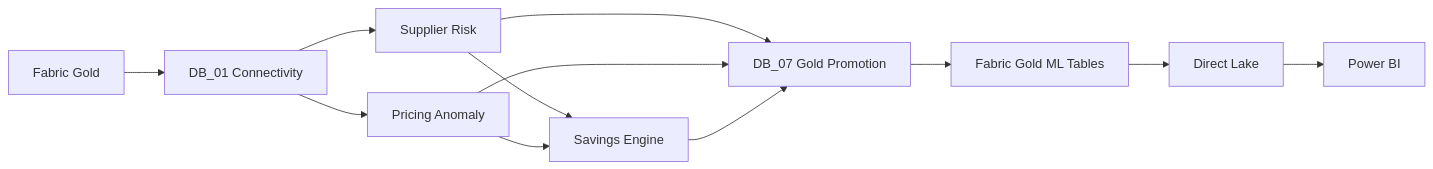
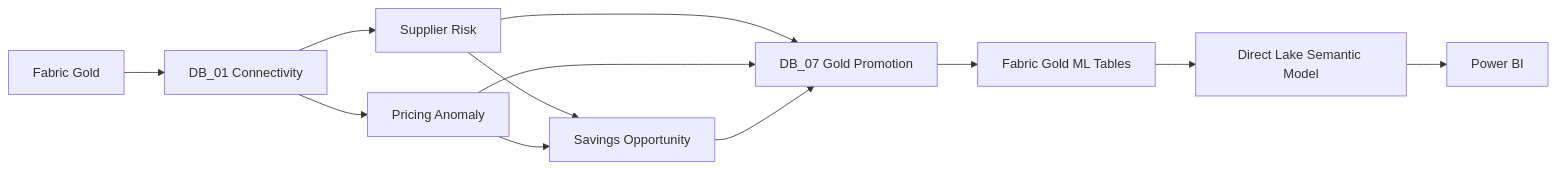
The diagram in docs/ml/ml-pipeline.md (RyanPadma/procurement-intelligence-platform), drawn with Mermaid before and after one commit. The commit also changed other lines of this file, not shown here.

````diff
--- a/docs/ml/ml-pipeline.md
+++ b/docs/ml/ml-pipeline.md
@@ -9,14 +12,16 @@
 ```mermaid
 flowchart LR
     A[Fabric Gold] --> B[DB_01 Connectivity]
     B --> C[Supplier Risk]
     B --> D[Pricing Anomaly]
-    C --> E[Savings Engine]
+    C --> E[Savings Opportunity]
     D --> E
+
     C --> F[DB_07 Gold Promotion]
     D --> F
     E --> F
+
     F --> G[Fabric Gold ML Tables]
-    G --> H[Direct Lake]
+    G --> H[Direct Lake Semantic Model]
     H --> I[Power BI]
 ```
````
